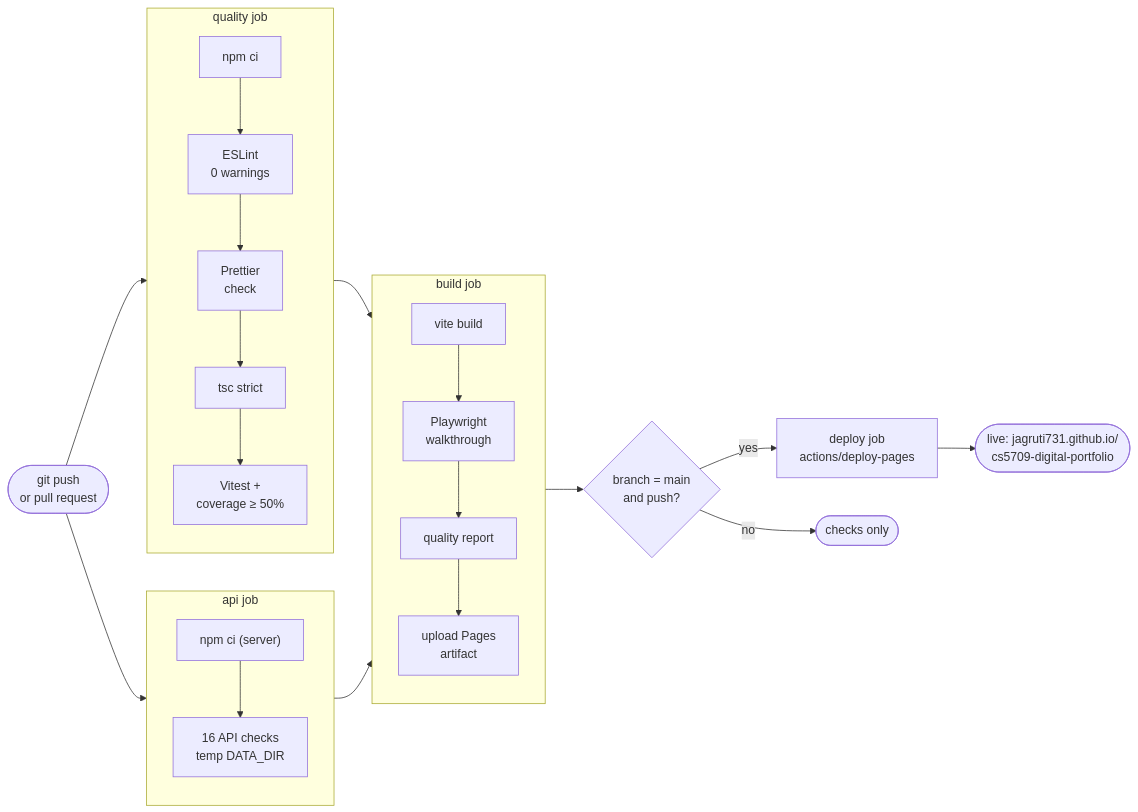
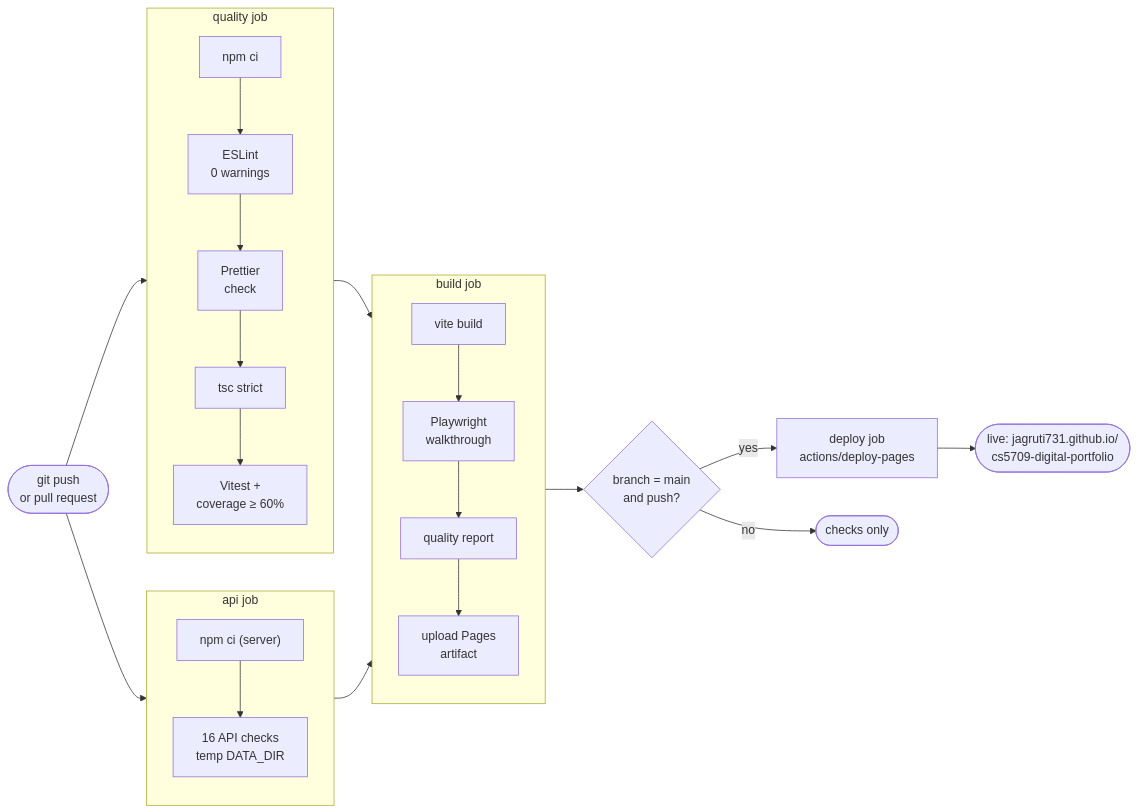
One commit to Jagruti731/cs5709-digital-portfolio changed the diagram in docs/diagrams/pipeline.mmd. Above: the diagram before and after it, drawn with Mermaid. The commit also changed 5 other files, not shown here.

```diff
--- a/docs/diagrams/pipeline.mmd
+++ b/docs/diagrams/pipeline.mmd
@@ -1,17 +1,17 @@
 flowchart LR
   push(["git push<br/>or pull request"]) --> Q
   push --> A
   subgraph Q["quality job"]
-    q1["npm ci"] --> q2["ESLint<br/>0 warnings"] --> q3["Prettier<br/>check"] --> q4["tsc strict"] --> q5["Vitest +<br/>coverage ≥ 50%"]
+    q1["npm ci"] --> q2["ESLint<br/>0 warnings"] --> q3["Prettier<br/>check"] --> q4["tsc strict"] --> q5["Vitest +<br/>coverage ≥ 60%"]
   end
   subgraph A["api job"]
     a1["npm ci (server)"] --> a2["16 API checks<br/>temp DATA_DIR"]
   end
   subgraph B["build job"]
     b1["vite build"] --> b2["Playwright<br/>walkthrough"] --> b3["quality report"] --> b4["upload Pages<br/>artifact"]
   end
   Q --> B
   A --> B
   B --> D{"branch = main<br/>and push?"}
   D -- yes --> E["deploy job<br/>actions/deploy-pages"] --> L(["live: jagruti731.github.io/<br/>cs5709-digital-portfolio"])
   D -- no --> S(["checks only"])
```
